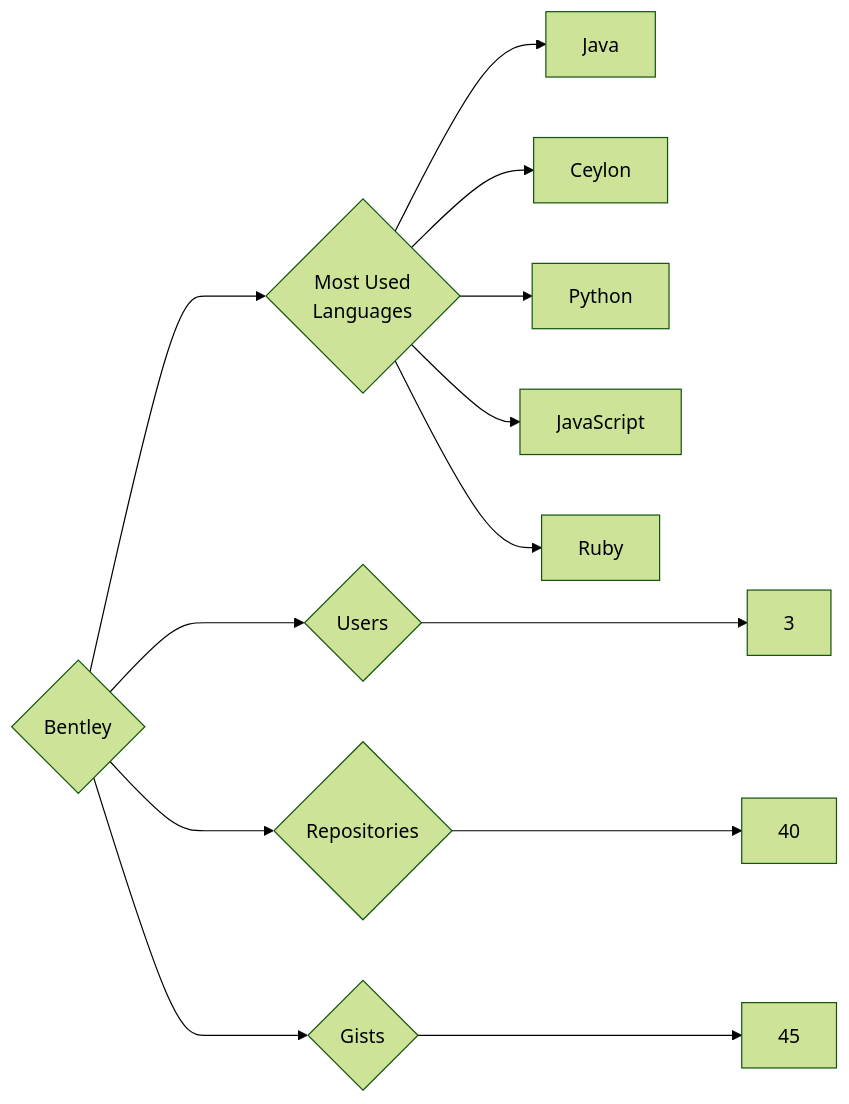
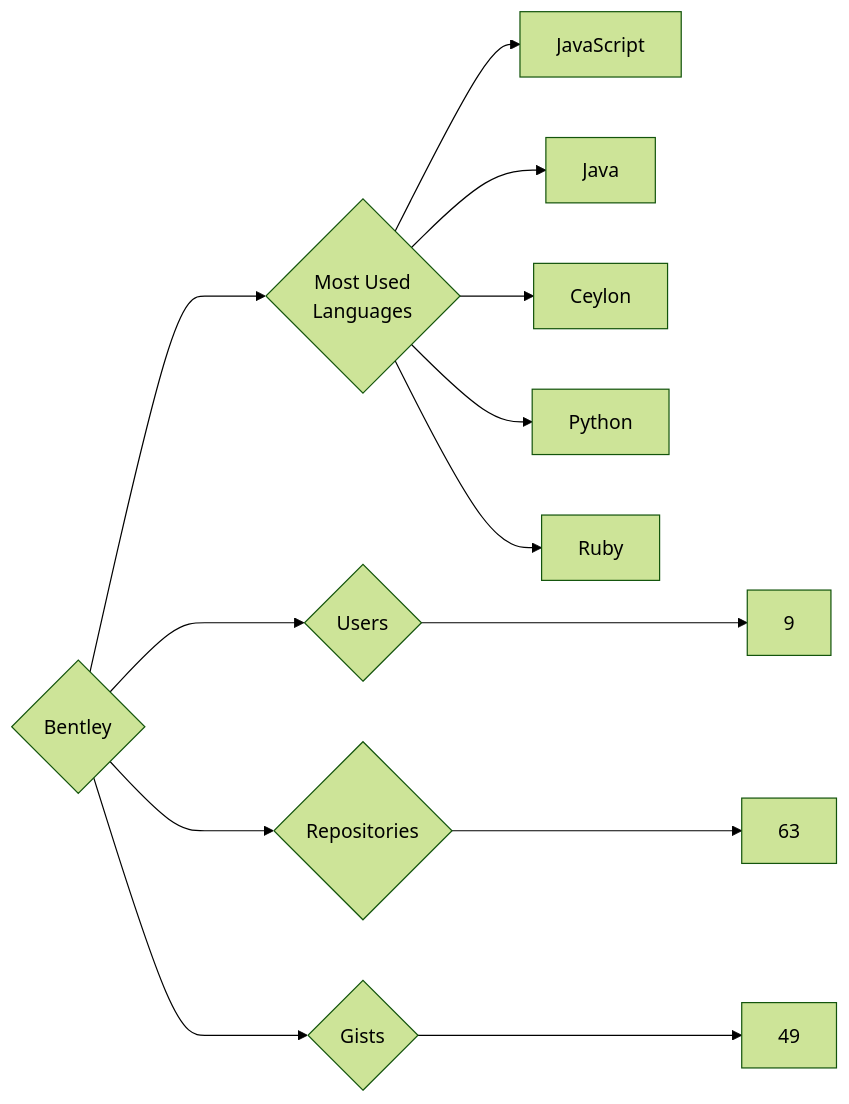
One commit to trickest/insiders changed the diagram in targets/Bentley/README.md. Above: the diagram before and after it, drawn with Mermaid (forest theme). The commit also changed 942 other files, not shown here.

````diff
--- a/targets/Bentley/README.md
+++ b/targets/Bentley/README.md
@@ -3,13 +3,13 @@
 ```mermaid
 graph LR
 COMPANY_NAME{Bentley}
-COMPANY_NAME ---> U{Users} ---> UN[3]
-COMPANY_NAME ---> R{Repositories} ---> RN[40]
-COMPANY_NAME ---> G{Gists} ---> GN[45]
+COMPANY_NAME ---> U{Users} ---> UN[9]
+COMPANY_NAME ---> R{Repositories} ---> RN[63]
+COMPANY_NAME ---> G{Gists} ---> GN[49]
 COMPANY_NAME ---> ML{Most Used<br>Languages}
+ML --> JavaScript[JavaScript]
 ML --> Java[Java]
 ML --> Ceylon[Ceylon]
 ML --> Python[Python]
-ML --> JavaScript[JavaScript]
 ML --> Ruby[Ruby]
 ```
````
